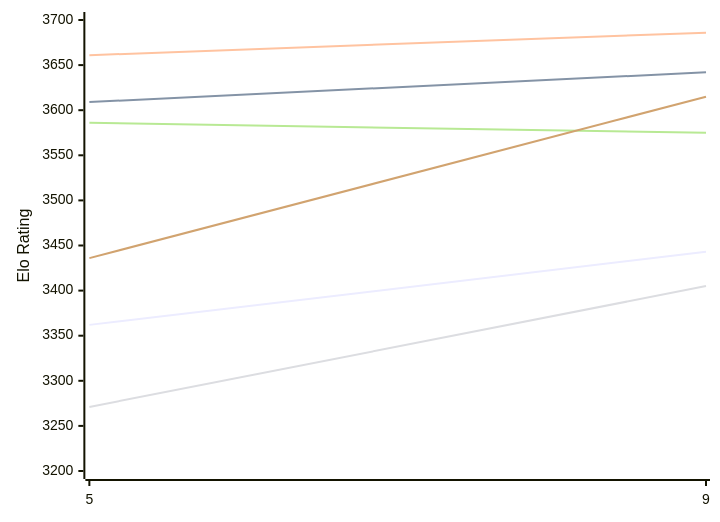
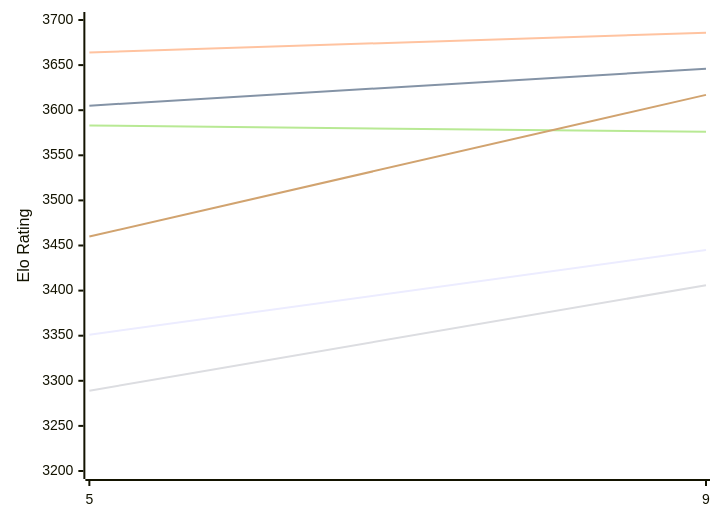
Before and after one commit to computer-chess-index/cci: the first of 2 diagrams in engines/Crystal.md, drawn with Mermaid. The commit also changed other lines of this file, not shown here.

Commit message:
Update CCI Ratings (ELO VLTC) - 2026-11-17

````diff
--- a/engines/Crystal.md
+++ b/engines/Crystal.md
@@ -50,12 +50,12 @@
 ```mermaid
 %%{init: {"theme":"base","themeVariables":{"seriesColors:['#a3a3a3','#222221','#faa371']}}}%%
 xychart-beta
   x-axis ["5", "9"]
   y-axis "Elo Rating" 3200 --> 3700
-  line "E1: STC (8.0+0.08s)" [3362, 3443]
-  line "E1: LTC (60.0+0.60s)" [3609, 3642]
-  line "E1: VLTC (2m24s+1.12s)" [3661, 3686]
-  line "P1: STC (8.0+0.08s)" [3271, 3405]
-  line "P1: LTC (60.0+0.60s)" [3586, 3575]
-  line "P1: VLTC (2m24s+1.12s)" [3436, 3615]
+  line "E1: STC (8.0+0.08s)" [3351, 3445]
+  line "E1: LTC (60.0+0.60s)" [3605, 3646]
+  line "E1: VLTC (2m24s+1.12s)" [3664, 3686]
+  line "P1: STC (8.0+0.08s)" [3289, 3406]
+  line "P1: LTC (60.0+0.60s)" [3583, 3576]
+  line "P1: VLTC (2m24s+1.12s)" [3460, 3617]
 ```
````
